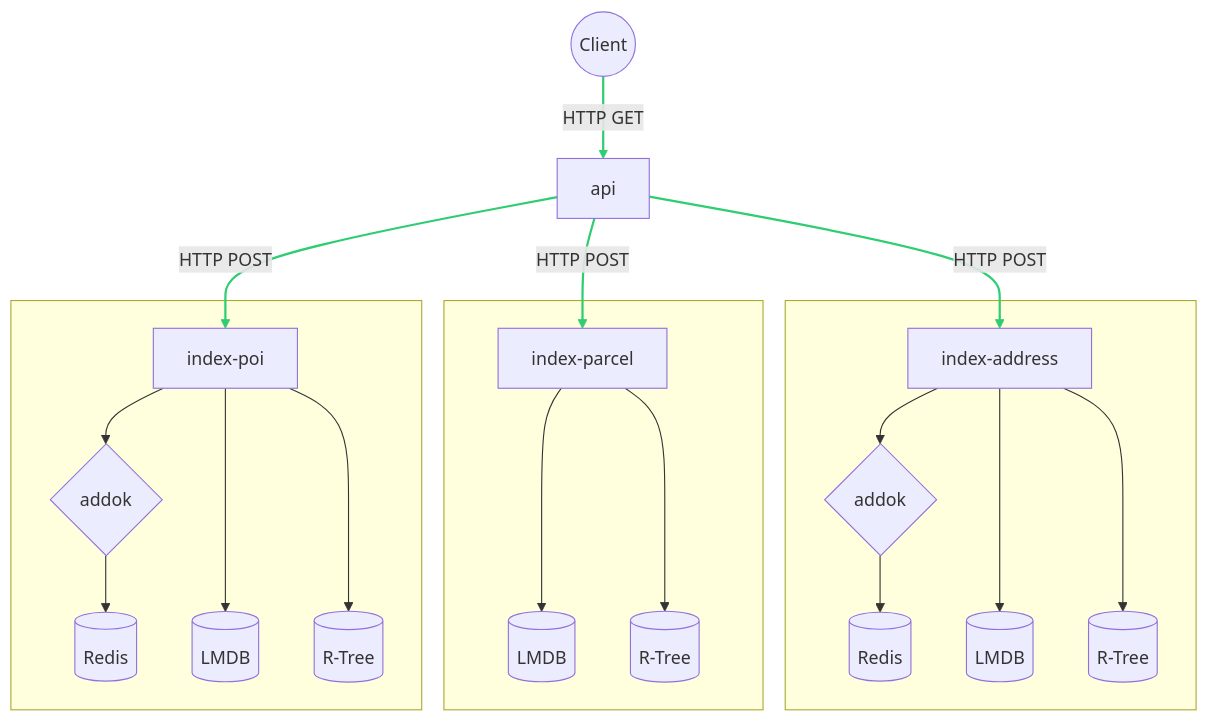
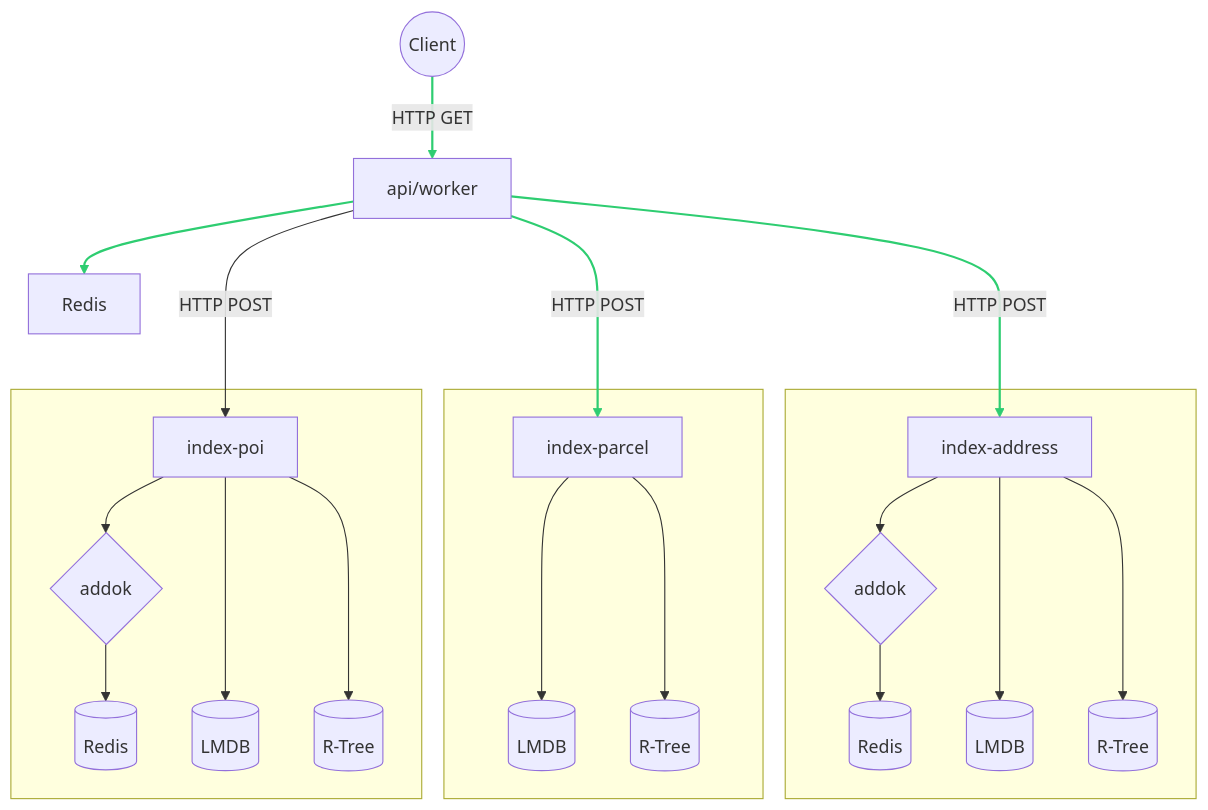
The second of 2 diagrams in docs/architecture.md (livingdata-co/gpf-geocodeur), drawn with Mermaid before and after one commit. The commit also changed other lines of this file and 4 other files, not shown here.

````diff
--- a/docs/architecture.md
+++ b/docs/architecture.md
@@ -53,38 +53,39 @@
 ```mermaid
 flowchart TB
-  C((Client)) -- "HTTP GET" --> G[api]
-  G -- "HTTP POST" --> IA[index-address]
-  G -- "HTTP POST" --> IP[index-parcel]
-  G -- "HTTP POST" --> IPO[index-poi]
+  C((Client)) -- "HTTP GET" --> G[api/worker]
+  G --> R[Redis]
+  G -- "HTTP POST" ---> IA[index-address]
+  G -- "HTTP POST" ---> IP[index-parcel]
+  G -- "HTTP POST" ---> IPO[index-poi]
   IA --> IAP{addok} --> IAR[(Redis)]
   IA ---> IADB[(LMDB)]
   IA ---> IART[(R-Tree)]
   IP ---> IPDB[(LMDB)]
   IP ---> IPRT[(R-Tree)]
   IPO --> IPOP{addok} -->IPOR[(Redis)]
   IPO ---> IPODB[(LMDB)]
   IPO ---> IPORT[(R-Tree)]
   subgraph " "
     IA
     IAP
     IAR
     IADB
     IART
   end
   subgraph " "
     IP
     IPDB
     IPRT
   end
   subgraph " "
     IPO
     IPOP
     IPOR
     IPODB
     IPORT
   end
   linkStyle 0 stroke:#2ecd71,stroke-width:2px;
   linkStyle 1 stroke:#2ecd71,stroke-width:2px;
   linkStyle 2 stroke:#2ecd71,stroke-width:2px;
   linkStyle 3 stroke:#2ecd71,stroke-width:2px;
 ```
````
